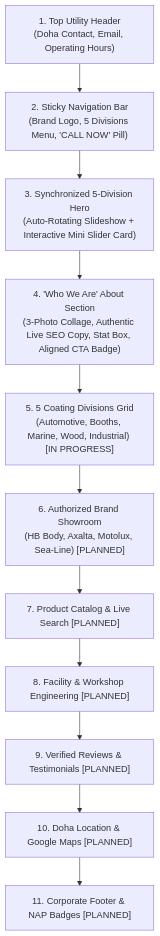
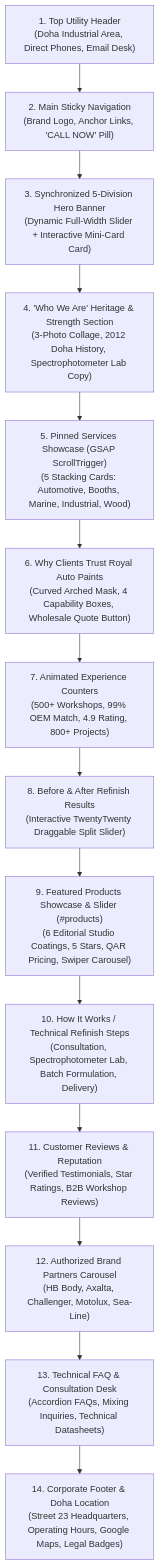
The second of 2 diagrams in docs/blueprint.md (manu-gitxen/royalautopaintsre), drawn with Mermaid before and after one commit. The commit also changed other lines of this file and 91 other files, not shown here.

````diff
--- a/docs/blueprint.md
+++ b/docs/blueprint.md
@@ -61,16 +123,19 @@
 ```mermaid
 flowchart TD
-    S1["1. Top Utility Header\n(Doha Contact, Email, Operating Hours)"]
-    S2["2. Sticky Navigation Bar\n(Brand Logo, 5 Divisions Menu, 'CALL NOW' Pill)"]
-    S3["3. Synchronized 5-Division Hero\n(Auto-Rotating Slideshow + Interactive Mini Slider Card)"]
-    S4["4. 'Who We Are' About Section\n(3-Photo Collage, Authentic Live SEO Copy, Stat Box, Aligned CTA Badge)"]
-    S5["5. 5 Coating Divisions Grid\n(Automotive, Booths, Marine, Wood, Industrial) [IN PROGRESS]"]
-    S6["6. Authorized Brand Showroom\n(HB Body, Axalta, Motolux, Sea-Line) [PLANNED]"]
-    S7["7. Product Catalog & Live Search [PLANNED]"]
-    S8["8. Facility & Workshop Engineering [PLANNED]"]
-    S9["9. Verified Reviews & Testimonials [PLANNED]"]
-    S10["10. Doha Location & Google Maps [PLANNED]"]
-    S11["11. Corporate Footer & NAP Badges [PLANNED]"]
+    S1["1. Top Utility Header\n(Doha Industrial Area, Direct Phones, Email Desk)"]
+    S2["2. Main Sticky Navigation\n(Brand Logo, Anchor Links, 'CALL NOW' Pill)"]
+    S3["3. Synchronized 5-Division Hero Banner\n(Dynamic Full-Width Slider + Interactive Mini-Card Card)"]
+    S4["4. 'Who We Are' Heritage & Strength Section\n(3-Photo Collage, 2012 Doha History, Spectrophotometer Lab Copy)"]
+    S5["5. Pinned Services Showcase (GSAP ScrollTrigger)\n(5 Stacking Cards: Automotive, Booths, Marine, Industrial, Wood)"]
+    S6["6. Why Clients Trust Royal Auto Paints\n(Curved Arched Mask, 4 Capability Boxes, Wholesale Quote Button)"]
+    S7["7. Animated Experience Counters\n(500+ Workshops, 99% OEM Match, 4.9 Rating, 800+ Projects)"]
+    S8["8. Before & After Refinish Results\n(Interactive TwentyTwenty Draggable Split Slider)"]
+    S9["9. Featured Products Showcase & Slider (#products)\n(6 Editorial Studio Coatings, 5 Stars, QAR Pricing, Swiper Carousel)"]
+    S10["10. How It Works / Technical Refinish Steps\n(Consultation, Spectrophotometer Lab, Batch Formulation, Delivery)"]
+    S11["11. Customer Reviews & Reputation\n(Verified Testimonials, Star Ratings, B2B Workshop Reviews)"]
+    S12["12. Authorized Brand Partners Carousel\n(HB Body, Axalta, Challenger, Motolux, Sea-Line)"]
+    S13["13. Technical FAQ & Consultation Desk\n(Accordion FAQs, Mixing Inquiries, Technical Datasheets)"]
+    S14["14. Corporate Footer & Doha Location\n(Street 23 Headquarters, Operating Hours, Google Maps, Legal Badges)"]
 
-    S1 --> S2 --> S3 --> S4 --> S5 --> S6 --> S7 --> S8 --> S9 --> S10 --> S11
+    S1 --> S2 --> S3 --> S4 --> S5 --> S6 --> S7 --> S8 --> S9 --> S10 --> S11 --> S12 --> S13 --> S14
 ```
````
